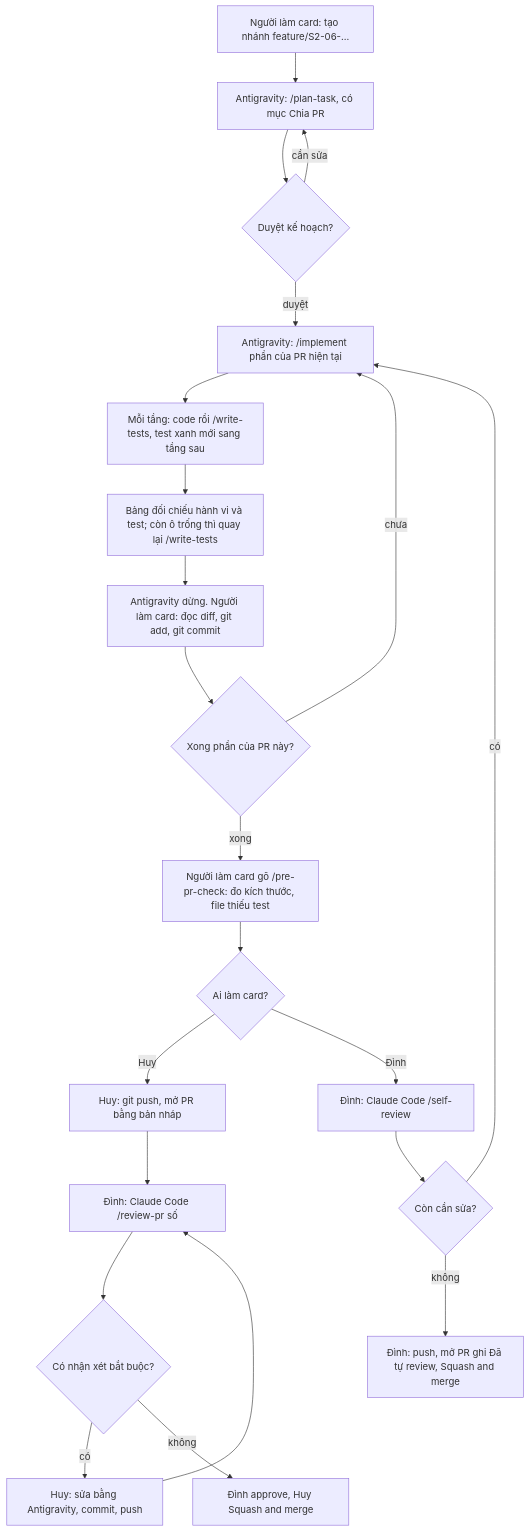
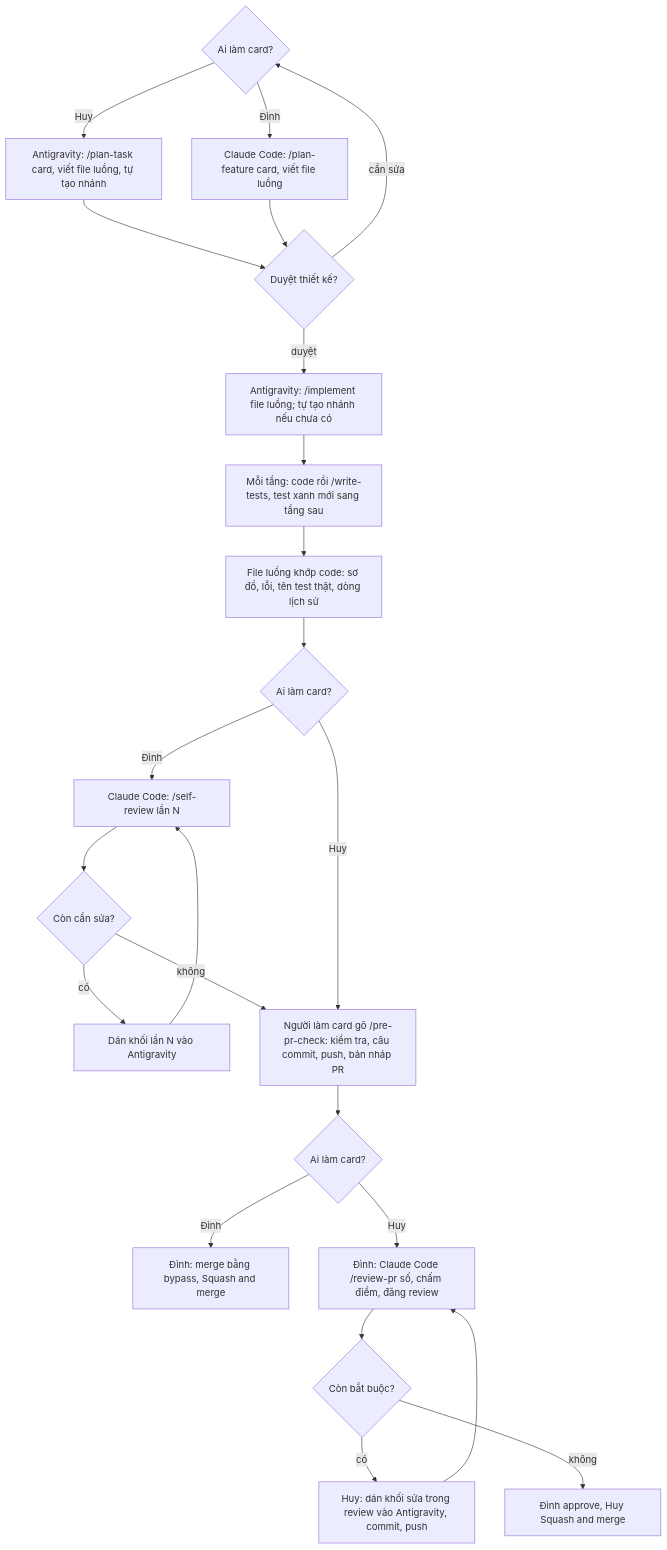
The first of 2 diagrams in docs/guides/ai-agents.md (xile-spa-dinhlnd/xile-spa-app), drawn with Mermaid before and after one commit. The commit also changed other lines of this file and 26 other files, not shown here.

Commit message:
chore(workflow): refine agent skills, guard hooks, and modularize design flows

````diff
--- a/docs/guides/ai-agents.md
+++ b/docs/guides/ai-agents.md
@@ -60,23 +60,23 @@
 ```mermaid
 flowchart TD
-    A[Người làm card: tạo nhánh feature/S2-06-...] --> B[Antigravity: /plan-task, có mục Chia PR]
-    B --> C{Duyệt kế hoạch?}
-    C -- cần sửa --> B
-    C -- duyệt --> D[Antigravity: /implement phần của PR hiện tại]
-    D --> D2[Mỗi tầng: code rồi /write-tests, test xanh mới sang tầng sau]
-    D2 --> D3[Bảng đối chiếu hành vi và test; còn ô trống thì quay lại /write-tests]
-    D3 --> E[Antigravity dừng. Người làm card: đọc diff, git add, git commit]
-    E --> F{Xong phần của PR này?}
-    F -- chưa --> D
-    F -- xong --> G[Người làm card gõ /pre-pr-check: đo kích thước, file thiếu test]
-    G --> H{Ai làm card?}
-    H -- Huy --> I[Huy: git push, mở PR bằng bản nháp]
-    I --> J[Đình: Claude Code /review-pr số]
-    J --> K{Có nhận xét bắt buộc?}
-    K -- có --> L[Huy: sửa bằng Antigravity, commit, push] --> J
-    K -- không --> M[Đình approve, Huy Squash and merge]
-    H -- Đình --> N[Đình: Claude Code /self-review]
-    N --> O{Còn cần sửa?}
-    O -- có --> D
-    O -- không --> P[Đình: push, mở PR ghi Đã tự review, Squash and merge]
+    A{Ai làm card?} -- Huy --> B[Antigravity: /plan-task card, viết file luồng, tự tạo nhánh]
+    A -- Đình --> C[Claude Code: /plan-feature card, viết file luồng]
+    B --> D{Duyệt thiết kế?}
+    C --> D
+    D -- cần sửa --> A
+    D -- duyệt --> E[Antigravity: /implement file luồng; tự tạo nhánh nếu chưa có]
+    E --> E2[Mỗi tầng: code rồi /write-tests, test xanh mới sang tầng sau]
+    E2 --> E3[File luồng khớp code: sơ đồ, lỗi, tên test thật, dòng lịch sử]
+    E3 --> F{Ai làm card?}
+    F -- Đình --> G[Claude Code: /self-review lần N]
+    G --> H{Còn cần sửa?}
+    H -- có --> I[Dán khối lần N vào Antigravity] --> G
+    H -- không --> J
+    F -- Huy --> J[Người làm card gõ /pre-pr-check: kiểm tra, câu commit, push, bản nháp PR]
+    J --> K{Ai làm card?}
+    K -- Đình --> L[Đình: merge bằng bypass, Squash and merge]
+    K -- Huy --> M[Đình: Claude Code /review-pr số, chấm điểm, đăng review]
+    M --> N{Còn bắt buộc?}
+    N -- có --> O[Huy: dán khối sửa trong review vào Antigravity, commit, push] --> M
+    N -- không --> P[Đình approve, Huy Squash and merge]
 ```
````
